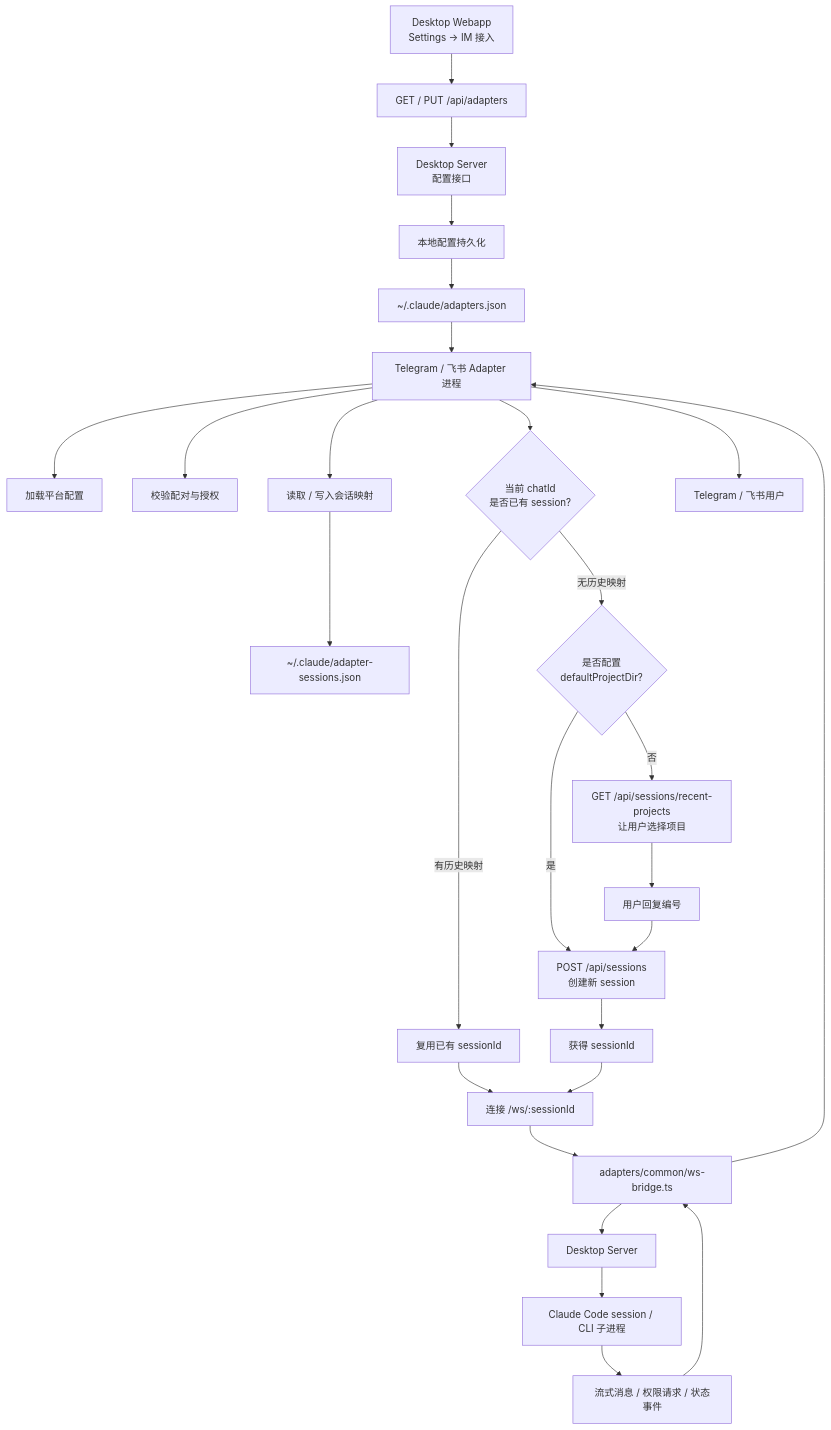
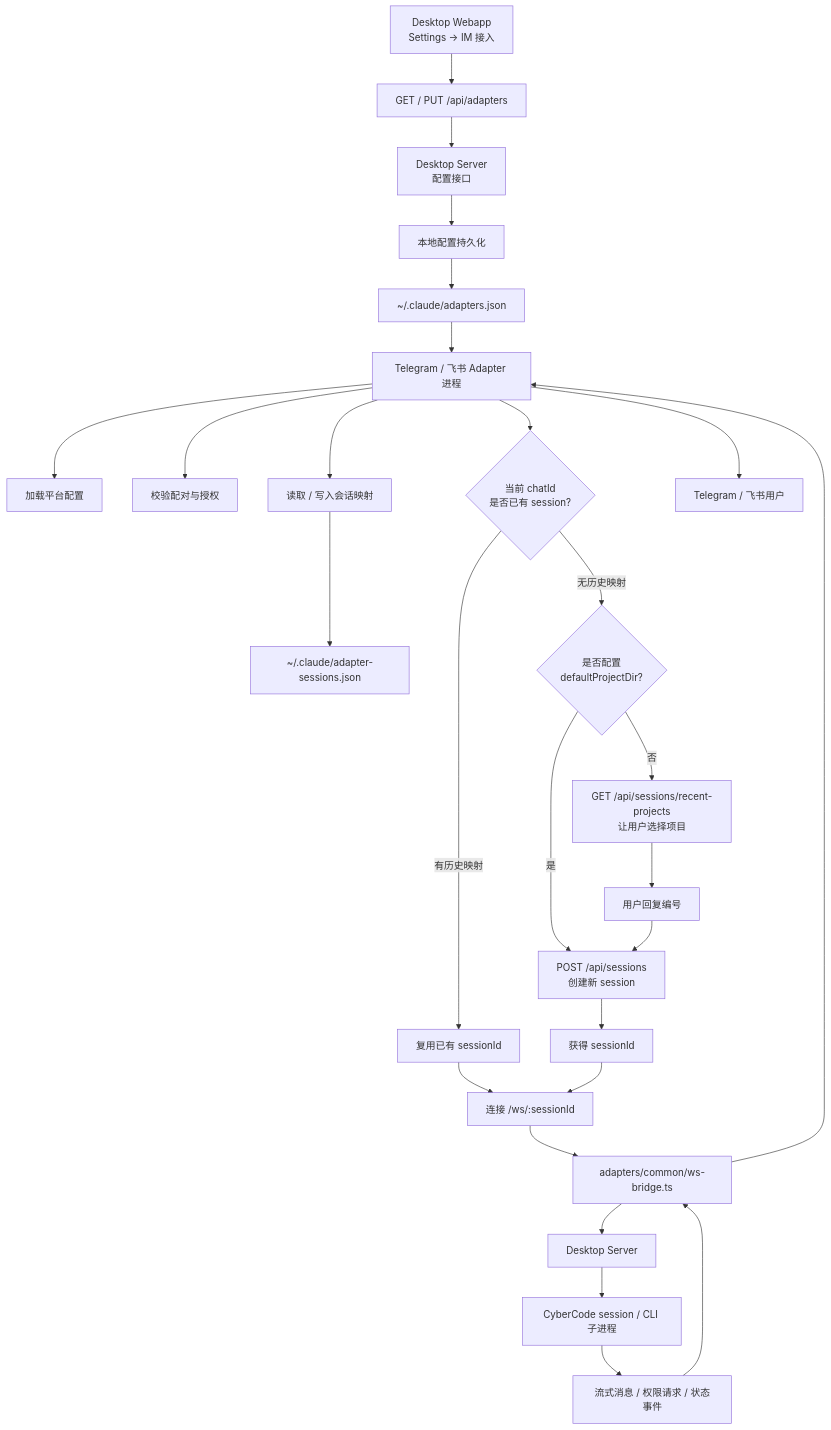
Before and after one commit to wk42worldworld/cybercode: the diagram in docs/im/index.md, drawn with Mermaid. The commit also changed other lines of this file and 211 other files, not shown here.

Commit message:
feat: refine CyberCode optimization and product experience

````diff
--- a/docs/im/index.md
+++ b/docs/im/index.md
@@ -12,34 +12,34 @@
 ```mermaid
 flowchart TD
     A["Desktop Webapp<br/>Settings -> IM 接入"] --> B["GET / PUT /api/adapters"]
     B --> C["Desktop Server<br/>配置接口"]
     C --> D["本地配置持久化"]
     D --> E["~/.claude/adapters.json"]
 
     E --> F["Telegram / 飞书 Adapter 进程"]
     F --> G["加载平台配置"]
     F --> H["校验配对与授权"]
     F --> I["读取 / 写入会话映射"]
     I --> J["~/.claude/adapter-sessions.json"]
 
     F --> K{"当前 chatId<br/>是否已有 session?"}
     K -->|有历史映射| L["复用已有 sessionId"]
     K -->|无历史映射| M{"是否配置<br/>defaultProjectDir?"}
     M -->|是| N["POST /api/sessions<br/>创建新 session"]
     M -->|否| O["GET /api/sessions/recent-projects<br/>让用户选择项目"]
     O --> P["用户回复编号"]
     P --> N
 
     N --> Q["获得 sessionId"]
     L --> R["连接 /ws/:sessionId"]
     Q --> R
 
     R --> S["adapters/common/ws-bridge.ts"]
     S --> T["Desktop Server"]
-    T --> U["Claude Code session / CLI 子进程"]
+    T --> U["CyberCode session / CLI 子进程"]
 
     U --> V["流式消息 / 权限请求 / 状态事件"]
     V --> S
     S --> F
     F --> W["Telegram / 飞书用户"]
 ```
````
